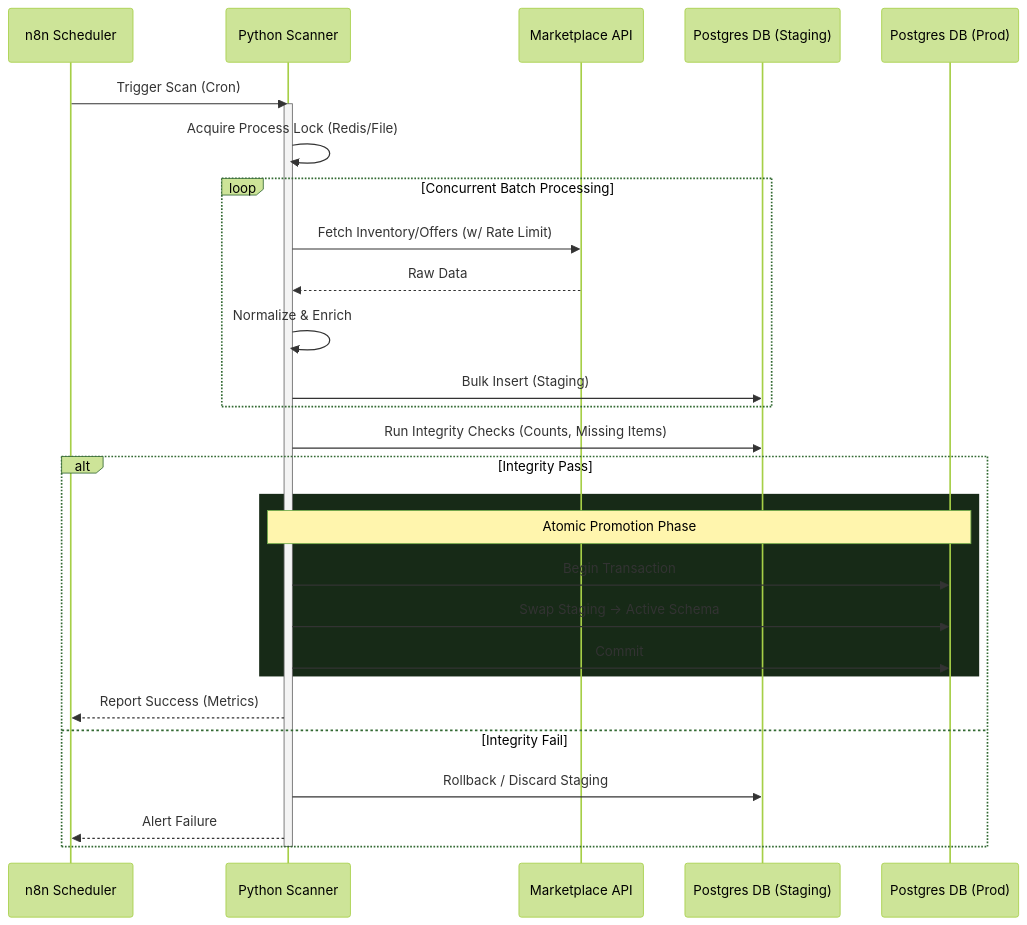
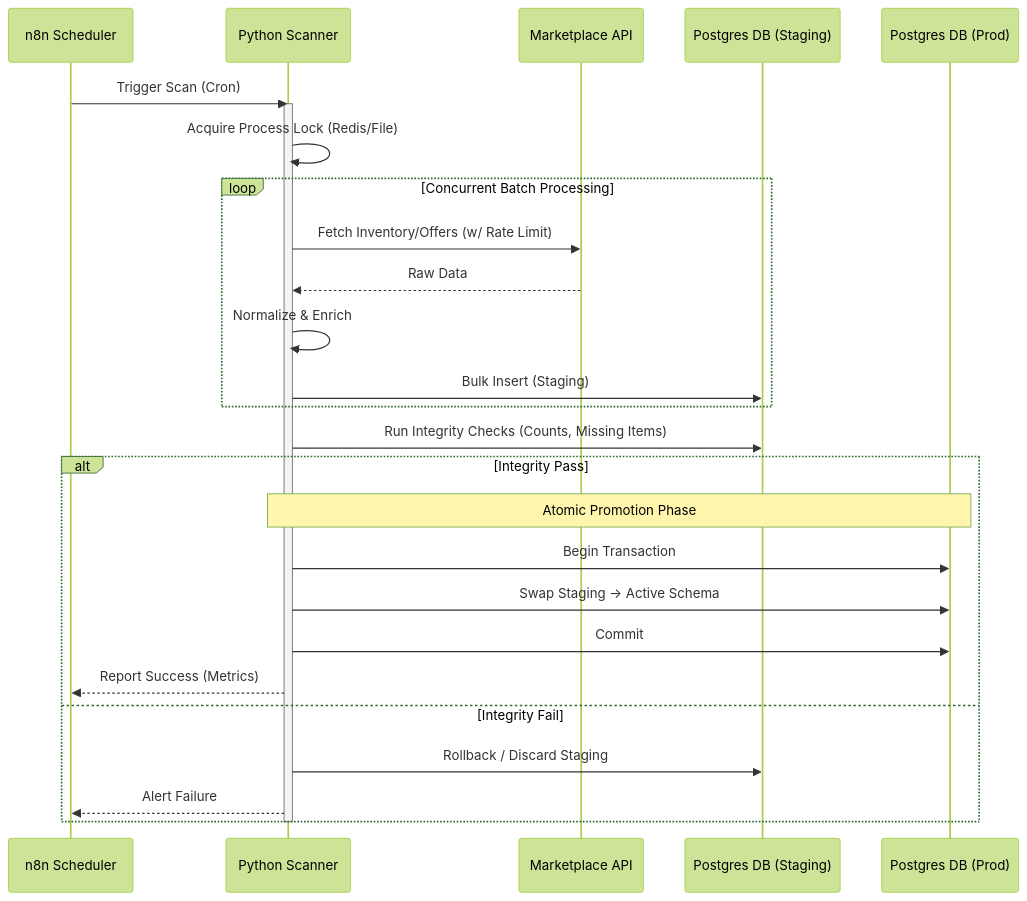
The second of 2 diagrams in src/content/work/Software/Market-Monitor.md (MathiasDick/portfolio), drawn with Mermaid (forest theme) before and after one commit. The commit also changed other lines of this file and 36 other files, not shown here.

````diff
--- a/src/content/work/Software/Market-Monitor.md
+++ b/src/content/work/Software/Market-Monitor.md
@@ -89,36 +78,34 @@
 ```mermaid
 sequenceDiagram
     participant S as n8n Scheduler
     participant P as Python Scanner
     participant M as Marketplace API
     participant DB as Postgres DB (Staging)
     participant PROD as Postgres DB (Prod)
 
     S->>P: Trigger Scan (Cron)
     activate P
     P->>P: Acquire Process Lock (Redis/File)
     
     loop Concurrent Batch Processing
         P->>M: Fetch Inventory/Offers (w/ Rate Limit)
         M-->>P: Raw Data
         P->>P: Normalize & Enrich
         P->>DB: Bulk Insert (Staging)
     end
     
     P->>DB: Run Integrity Checks (Counts, Missing Items)
     
     alt Integrity Pass
-        rect rgb(23, 42, 23)
-            note over P, PROD: Atomic Promotion Phase
-            P->>PROD: Begin Transaction
-            P->>PROD: Swap Staging -> Active Schema
-            P->>PROD: Commit
-        end
+        note over P, PROD: Atomic Promotion Phase
+        P->>PROD: Begin Transaction
+        P->>PROD: Swap Staging -> Active Schema
+        P->>PROD: Commit
         P-->>S: Report Success (Metrics)
     else Integrity Fail
         P->>DB: Rollback / Discard Staging
         P-->>S: Alert Failure
     end
     
     deactivate P
 ```
````
